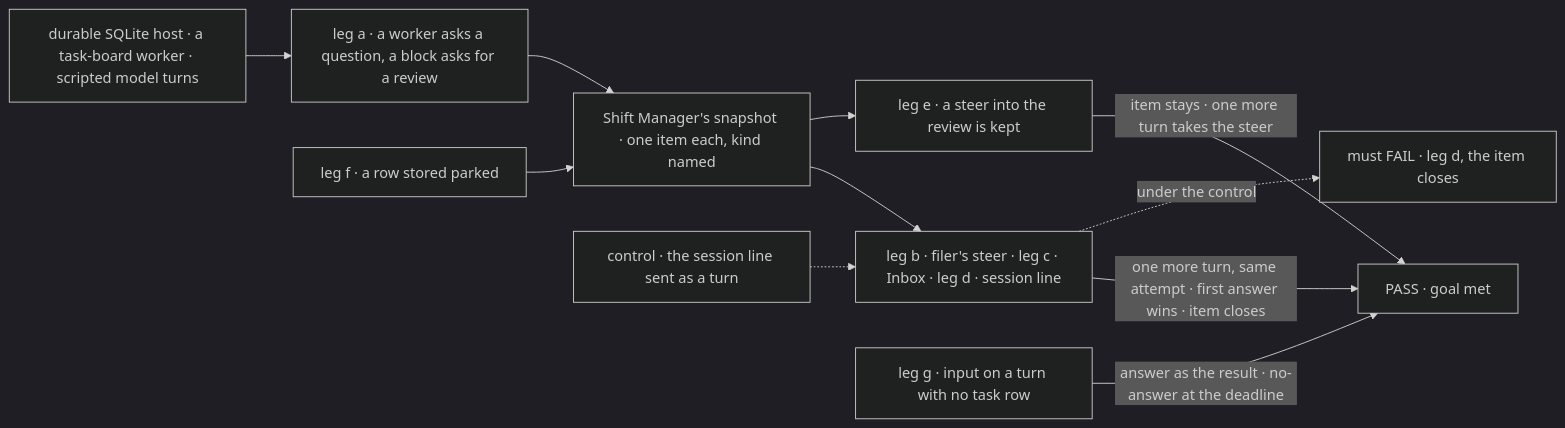
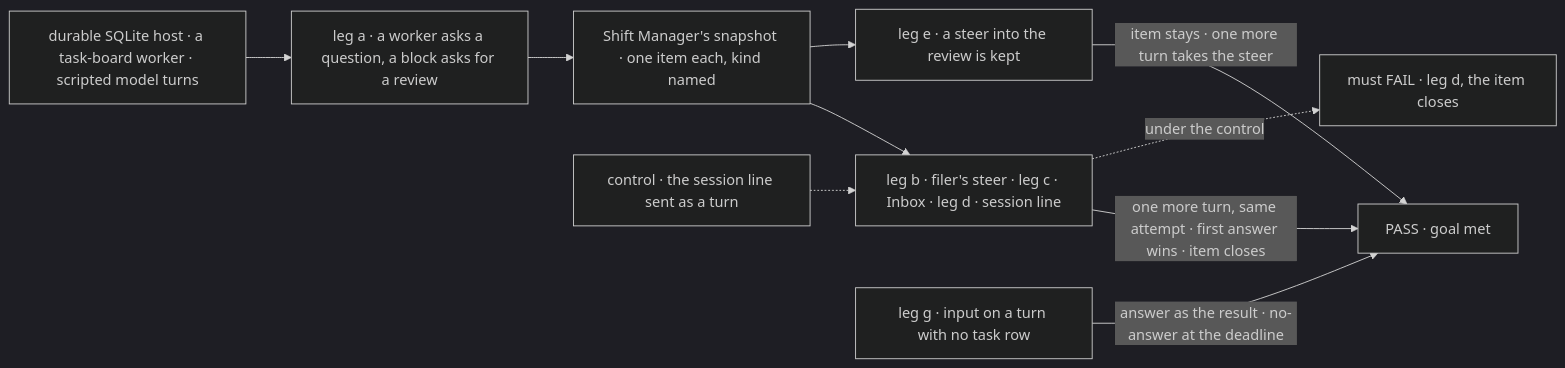
Before and after one commit to fixpoint-labs/flow-state-dev: the first of 2 diagrams in specs/issues/FIX-2131/SPEC.md, drawn with Mermaid (dark theme). The commit also changed other lines of this file and 1 other file, not shown here.

First line of the commit message:
spec(FIX-2131): owner reset — no parked-row map entries, no migrated-question allowance

````diff
--- a/specs/issues/FIX-2131/SPEC.md
+++ b/specs/issues/FIX-2131/SPEC.md
@@ -29,13 +28,12 @@
 ```mermaid
 flowchart LR
   H["durable SQLite host · a task-board worker · scripted model turns"] --> A["leg a · a worker asks a question, a block asks for a review"]
   A --> I["Shift Manager's snapshot · one item each, kind named"]
   I --> B["leg b · filer's steer · leg c · Inbox · leg d · session line"]
   I --> W["leg e · a steer into the review is kept"]
-  L["leg f · a row stored parked"] --> I
   N["leg g · input on a turn with no task row"] -->|"answer as the result · no-answer at the deadline"| P
   B -->|"one more turn, same attempt · first answer wins · item closes"| P["PASS · goal met"]
   W -->|"item stays · one more turn takes the steer"| P
   C["control · the session line sent as a turn"] -.-> B
   B -.->|"under the control"| F["must FAIL · leg d, the item closes"]
 ```
````
